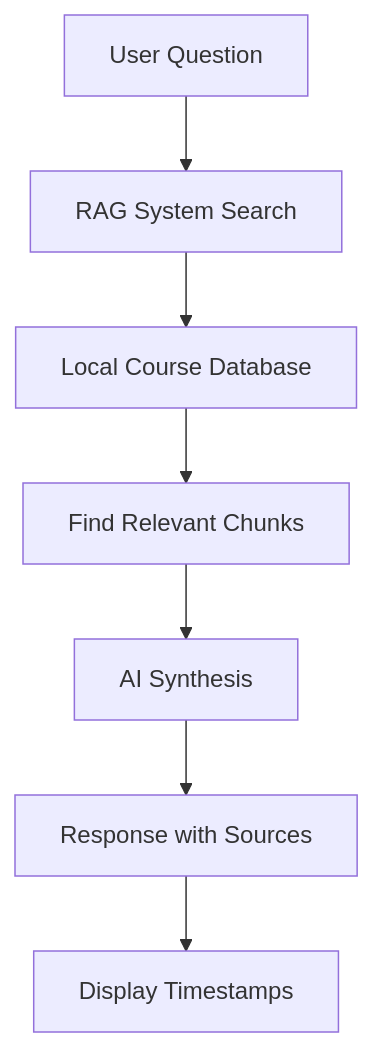
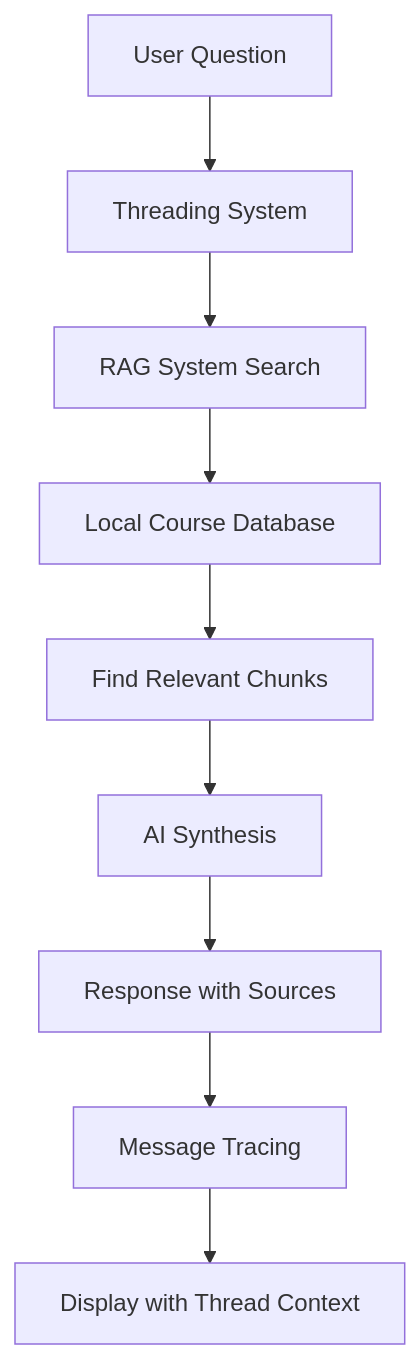
One commit to SanjeevSaniel/neruvi changed the diagram in README.md. Above: the diagram before and after it, drawn with Mermaid. The commit also changed other lines of this file, not shown here.

First line of the commit message:
docs: update README with comprehensive threading system overview

````diff
--- a/README.md
+++ b/README.md
@@ -65,9 +69,11 @@
 ```mermaid
 graph TD
-    A[User Question] --> B[RAG System Search]
-    B --> C[Local Course Database]
-    C --> D[Find Relevant Chunks]
-    D --> E[AI Synthesis]
-    E --> F[Response with Sources]
-    F --> G[Display Timestamps]
+    A[User Question] --> B[Threading System]
+    B --> C[RAG System Search]
+    C --> D[Local Course Database]
+    D --> E[Find Relevant Chunks]
+    E --> F[AI Synthesis]
+    F --> G[Response with Sources]
+    G --> H[Message Tracing]
+    H --> I[Display with Thread Context]
 ```
````
